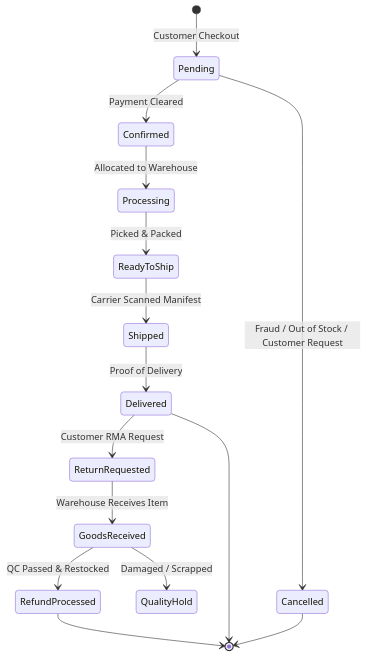
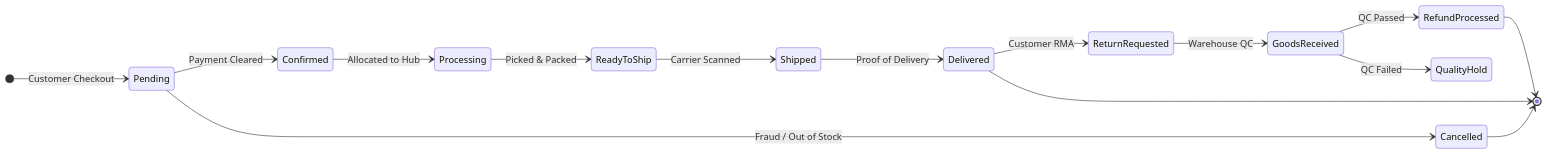
One commit to uixsaiham/ecommerceOS-ERP-system changed the fourth of 9 diagrams in COMMERCEOS_ERP_DOCUMENTATION.md. Above: the diagram before and after it, drawn with Mermaid. The commit also changed other lines of this file and 2 other files, not shown here.

Commit message:
docs: enhance client-ready ERP specification with comprehensive Design System chapter and executive presentation layout

````diff
--- a/COMMERCEOS_ERP_DOCUMENTATION.md
+++ b/COMMERCEOS_ERP_DOCUMENTATION.md
@@ -188,17 +264,18 @@
 ```mermaid
 stateDiagram-v2
+    direction LR
     [*] --> Pending : Customer Checkout
     Pending --> Confirmed : Payment Cleared
-    Pending --> Cancelled : Fraud / Out of Stock / Customer Request
-    Confirmed --> Processing : Allocated to Warehouse
+    Pending --> Cancelled : Fraud / Out of Stock
+    Confirmed --> Processing : Allocated to Hub
     Processing --> ReadyToShip : Picked & Packed
-    ReadyToShip --> Shipped : Carrier Scanned Manifest
+    ReadyToShip --> Shipped : Carrier Scanned
     Shipped --> Delivered : Proof of Delivery
-    Delivered --> ReturnRequested : Customer RMA Request
-    ReturnRequested --> GoodsReceived : Warehouse Receives Item
-    GoodsReceived --> RefundProcessed : QC Passed & Restocked
-    GoodsReceived --> QualityHold : Damaged / Scrapped
+    Delivered --> ReturnRequested : Customer RMA
+    ReturnRequested --> GoodsReceived : Warehouse QC
+    GoodsReceived --> RefundProcessed : QC Passed
+    GoodsReceived --> QualityHold : QC Failed
     RefundProcessed --> [*]
     Cancelled --> [*]
     Delivered --> [*]
 ```
````
